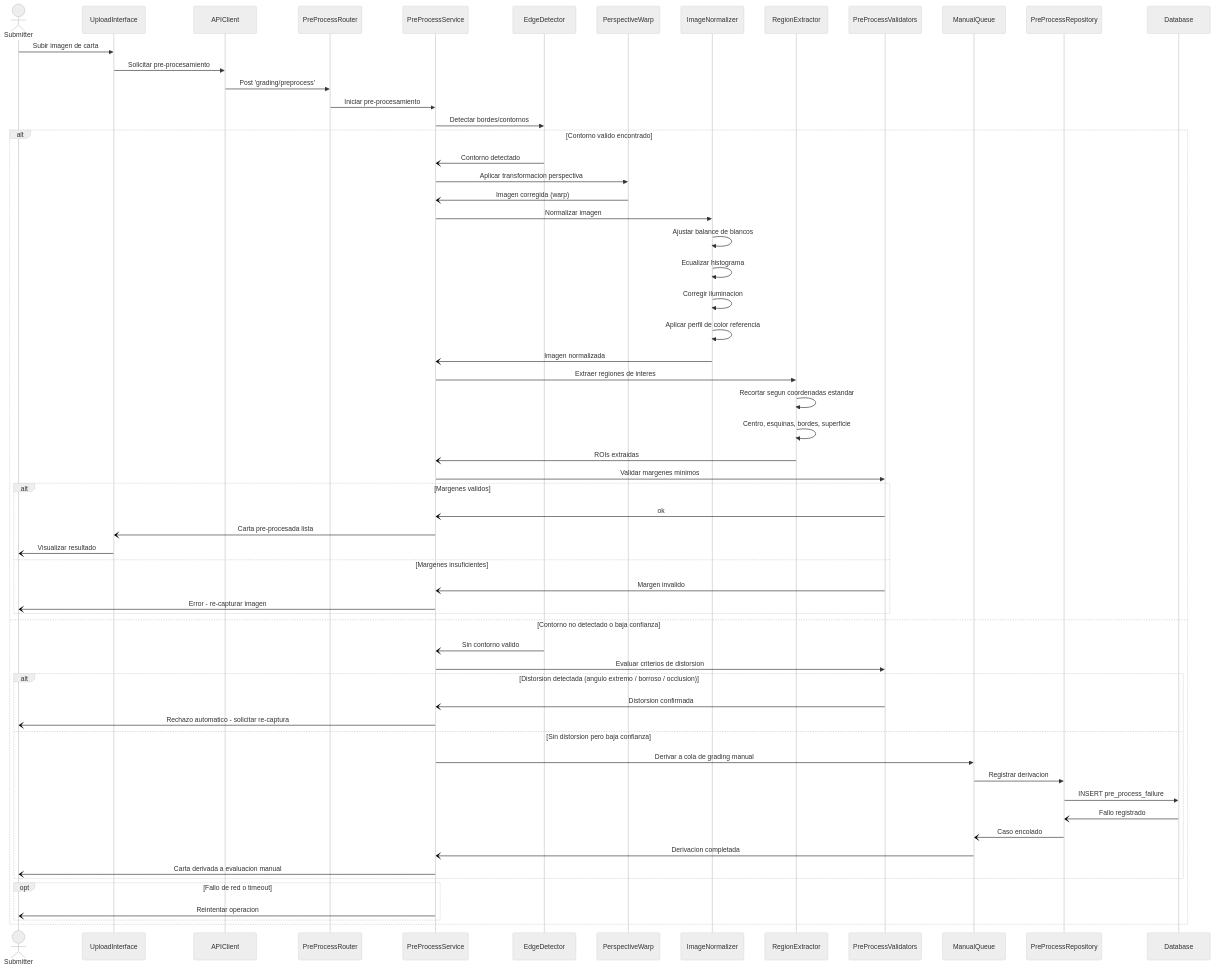
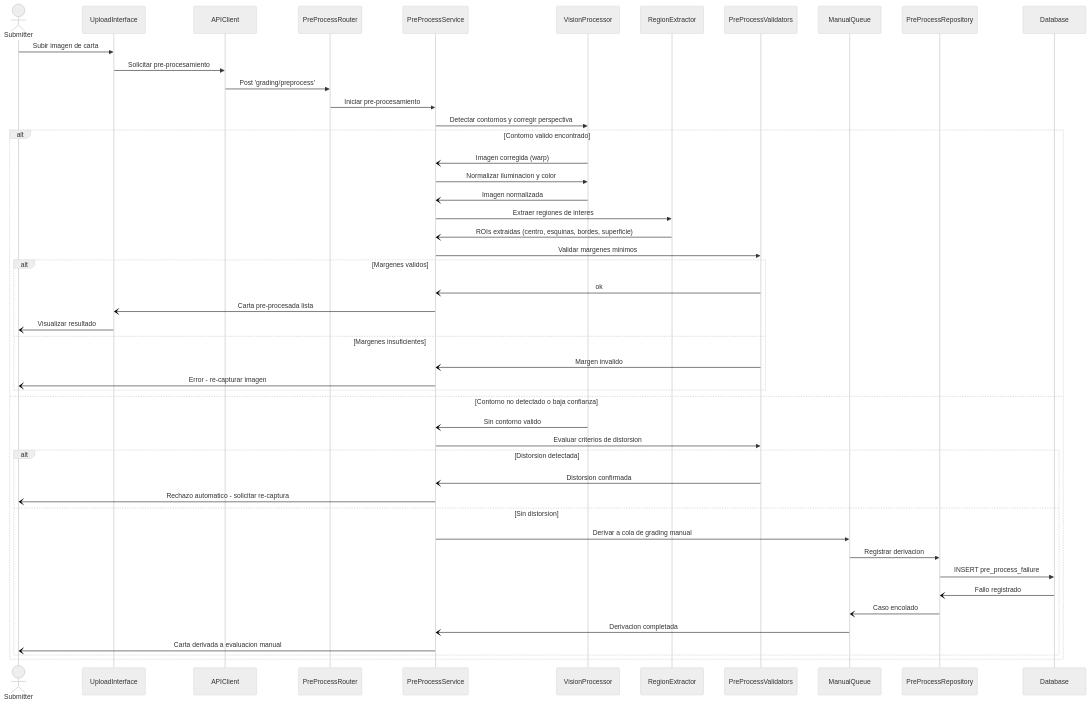
The diagram in sequence diagrams/Pre Process Card.md (CAMANEM/PokeGrading-TechnoBitsSA), drawn with Mermaid (neutral theme) before and after one commit.

Commit message:
Pre-Process Sequence Diagram v1.0
Reduced the diagram and improved readability

````diff
--- a/sequence diagrams/Pre Process Card.md
+++ b/sequence diagrams/Pre Process Card.md
@@ -1,71 +1,56 @@
 ```mermaid
 sequenceDiagram
 
 actor Submitter
 participant UI as UploadInterface
 participant Api as APIClient
 participant Router as PreProcessRouter
 participant Service as PreProcessService
-participant Detector as EdgeDetector
-participant Warp as PerspectiveWarp
-participant Norm as ImageNormalizer
+participant Vision as VisionProcessor
 participant ROI as RegionExtractor
 participant Val as PreProcessValidators
 participant MQ as ManualQueue
 participant Repo as PreProcessRepository
 participant DB as Database
 
 Submitter->>UI:Subir imagen de carta
 UI->>Api:Solicitar pre-procesamiento
 Api->>Router:Post 'grading/preprocess'
 Router->>Service:Iniciar pre-procesamiento
-Service->>Detector:Detectar bordes/contornos
+Service->>Vision:Detectar contornos y corregir perspectiva
 
 alt Contorno valido encontrado
-Detector-)Service:Contorno detectado
-Service->>Warp:Aplicar transformacion perspectiva
-Warp-)Service:Imagen corregida (warp)
-Service->>Norm:Normalizar imagen
-Norm->>Norm:Ajustar balance de blancos
-Norm->>Norm:Ecualizar histograma
-Norm->>Norm:Corregir iluminacion
-Norm->>Norm:Aplicar perfil de color referencia
-Norm-)Service:Imagen normalizada
+Vision-)Service:Imagen corregida (warp)
+Service->>Vision:Normalizar iluminacion y color
+Vision-)Service:Imagen normalizada
 Service->>ROI:Extraer regiones de interes
-ROI->>ROI:Recortar segun coordenadas estandar
-ROI->>ROI:Centro, esquinas, bordes, superficie
-ROI-)Service:ROIs extraidas
+ROI-)Service:ROIs extraidas (centro, esquinas, bordes, superficie)
 Service->>Val:Validar margenes minimos
 
 alt Margenes validos
 Val-)Service:ok
 Service-)UI:Carta pre-procesada lista
 UI-)Submitter:Visualizar resultado
 else Margenes insuficientes
 Val-)Service:Margen invalido
 Service-)Submitter:Error - re-capturar imagen
 end
 
 else Contorno no detectado o baja confianza
-Detector-)Service:Sin contorno valido
+Vision-)Service:Sin contorno valido
 Service->>Val:Evaluar criterios de distorsion
 
-alt Distorsion detectada (angulo extremo / borroso / occlusion)
+alt Distorsion detectada
 Val-)Service:Distorsion confirmada
 Service-)Submitter:Rechazo automatico - solicitar re-captura
-else Sin distorsion pero baja confianza
+else Sin distorsion
 Service->>MQ:Derivar a cola de grading manual
 MQ->>Repo:Registrar derivacion
 Repo->>DB:INSERT pre_process_failure
 DB-)Repo:Fallo registrado
 Repo-)MQ:Caso encolado
 MQ-)Service:Derivacion completada
 Service-)Submitter:Carta derivada a evaluacion manual
 end
-
-opt Fallo de red o timeout
-Service-)Submitter:Reintentar operacion
-end
-
 end
 ```
````
